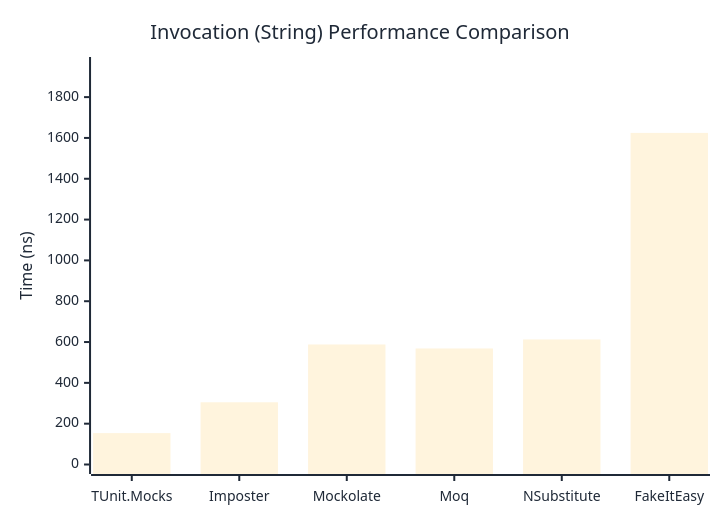
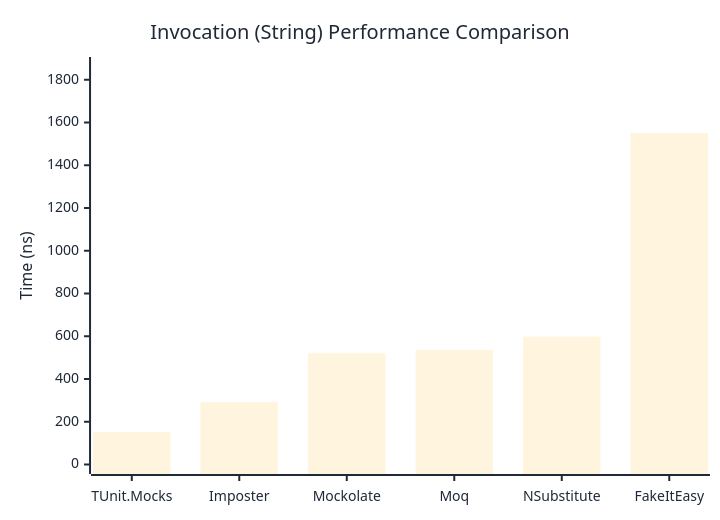
The second of 3 diagrams in docs/docs/benchmarks/mocks/Invocation.md (thomhurst/TUnit), drawn with Mermaid before and after one commit. The commit also changed other lines of this file and 14 other files, not shown here.

````diff
--- a/docs/docs/benchmarks/mocks/Invocation.md
+++ b/docs/docs/benchmarks/mocks/Invocation.md
@@ -69,27 +69,27 @@
 ```mermaid
 %%{init: {
   'theme':'base',
   'themeVariables': {
     'primaryColor': '#2563eb',
     'primaryTextColor': '#1f2937',
     'primaryBorderColor': '#1e40af',
     'lineColor': '#6b7280',
     'secondaryColor': '#7c3aed',
     'tertiaryColor': '#dc2626',
     'background': '#ffffff',
     'pie1': '#2563eb',
     'pie2': '#7c3aed',
     'pie3': '#dc2626',
     'pie4': '#f59e0b',
     'pie5': '#10b981',
     'pie6': '#06b6d4',
     'pie7': '#ec4899',
     'pie8': '#6366f1'
   }
 }}%%
 xychart-beta
   title "Invocation (String) Performance Comparison"
   x-axis ["TUnit.Mocks", "Imposter", "Mockolate", "Moq", "NSubstitute", "FakeItEasy"]
-  y-axis "Time (ns)" 0 --> 1950
-  bar [153.9, 304.8, 588, 568.4, 612.7, 1624.6]
+  y-axis "Time (ns)" 0 --> 1862
+  bar [151.6, 291.4, 520.5, 536.5, 598.3, 1551.6]
 ```
````
